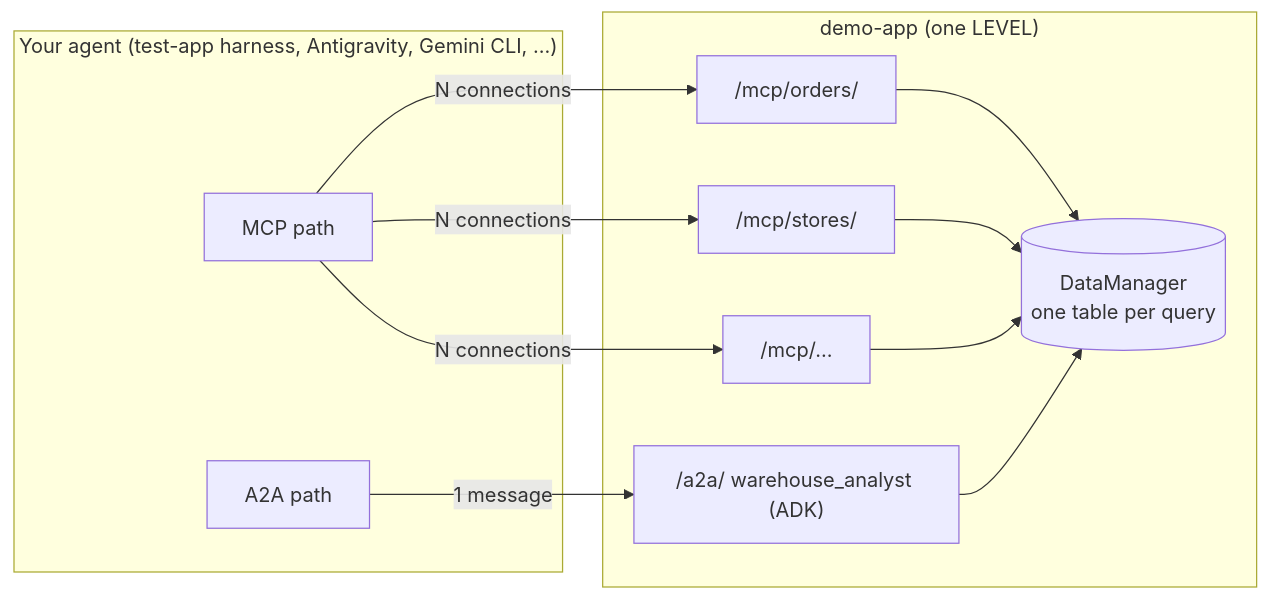
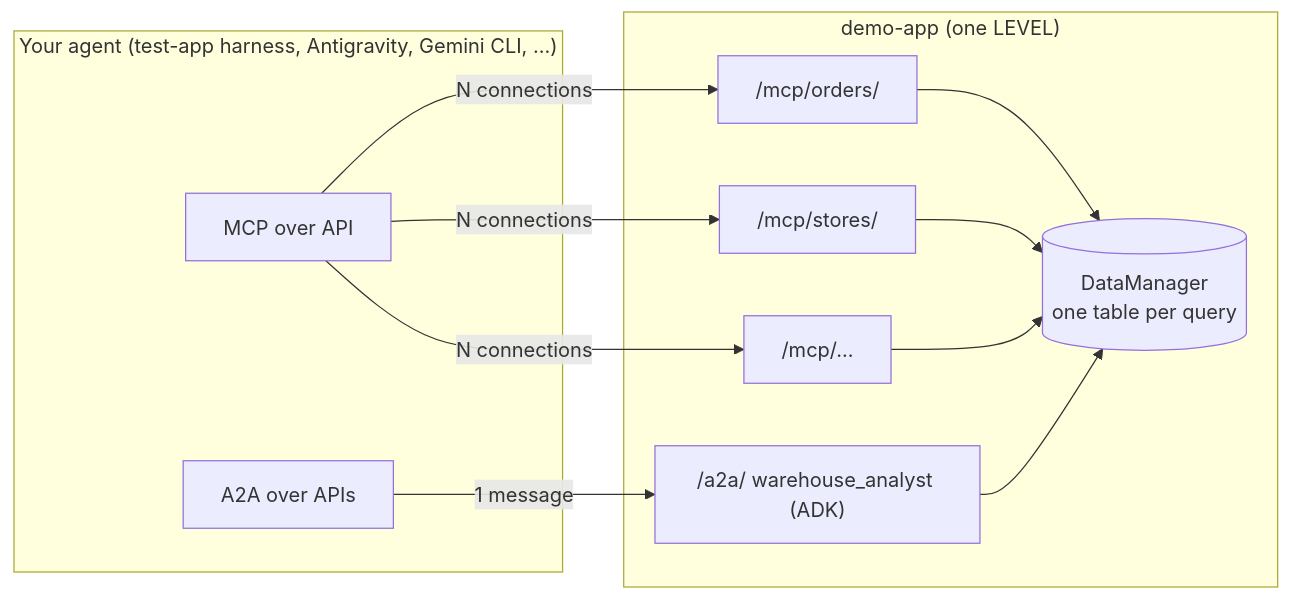
One commit to msampathkumar/a2a-mcp-warehouse-demo changed the second of 2 diagrams in README.md. Above: the diagram before and after it, drawn with Mermaid. The commit also changed other lines of this file and 27 other files, not shown here.

Commit message:
docs: rename compared paths to "MCP over API" and "A2A over APIs"; update README takeaway

````diff
--- a/README.md
+++ b/README.md
@@ -65,16 +69,16 @@
 ```mermaid
 flowchart LR
   subgraph Client["Your agent (test-app harness, Antigravity, Gemini CLI, ...)"]
-    M[MCP path]
-    A[A2A path]
+    M[MCP over API]
+    A[A2A over APIs]
   end
   subgraph Demo["demo-app (one LEVEL)"]
     MS1["/mcp/orders/"] & MS2["/mcp/stores/"] & MSN["/mcp/..."]
     AG["/a2a/ warehouse_analyst (ADK)"]
     DM[(DataManager<br/>one table per query)]
   end
   M -->|N connections| MS1 & MS2 & MSN
   A -->|1 message| AG
   MS1 & MS2 & MSN --> DM
   AG --> DM
 ```
````
